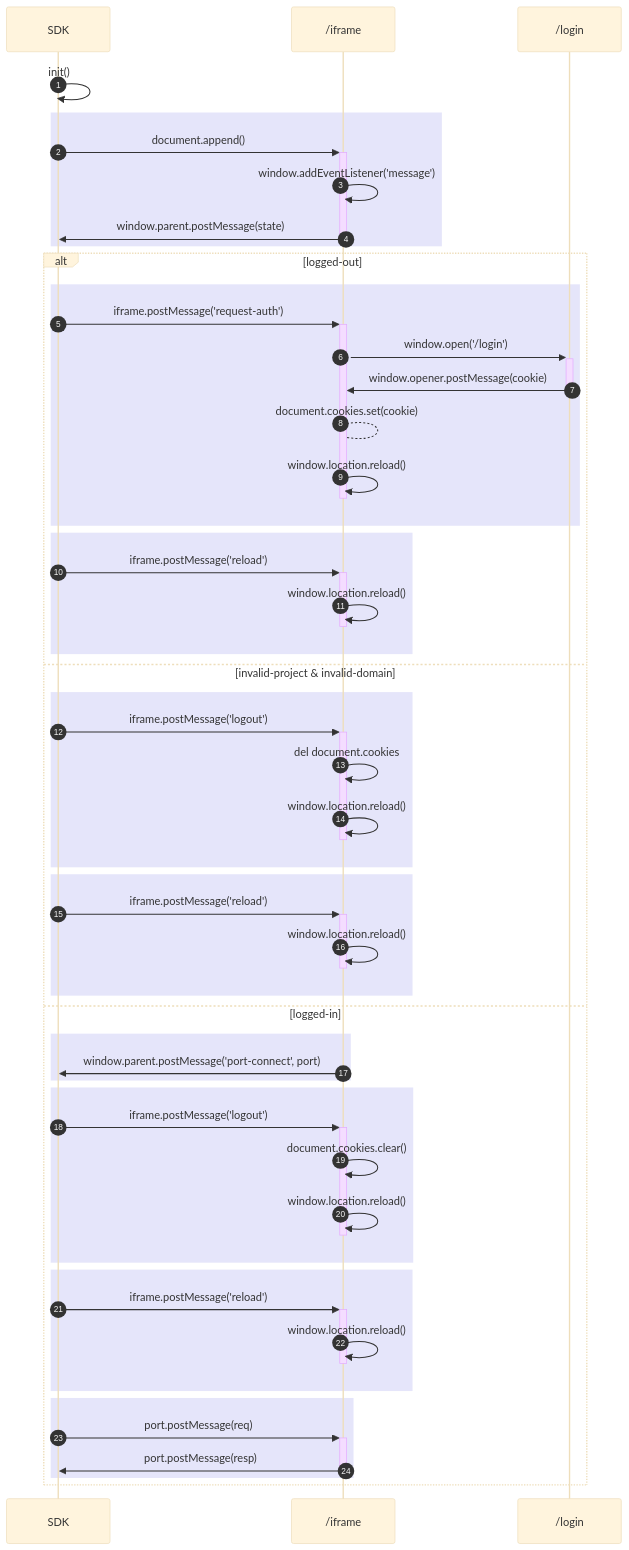
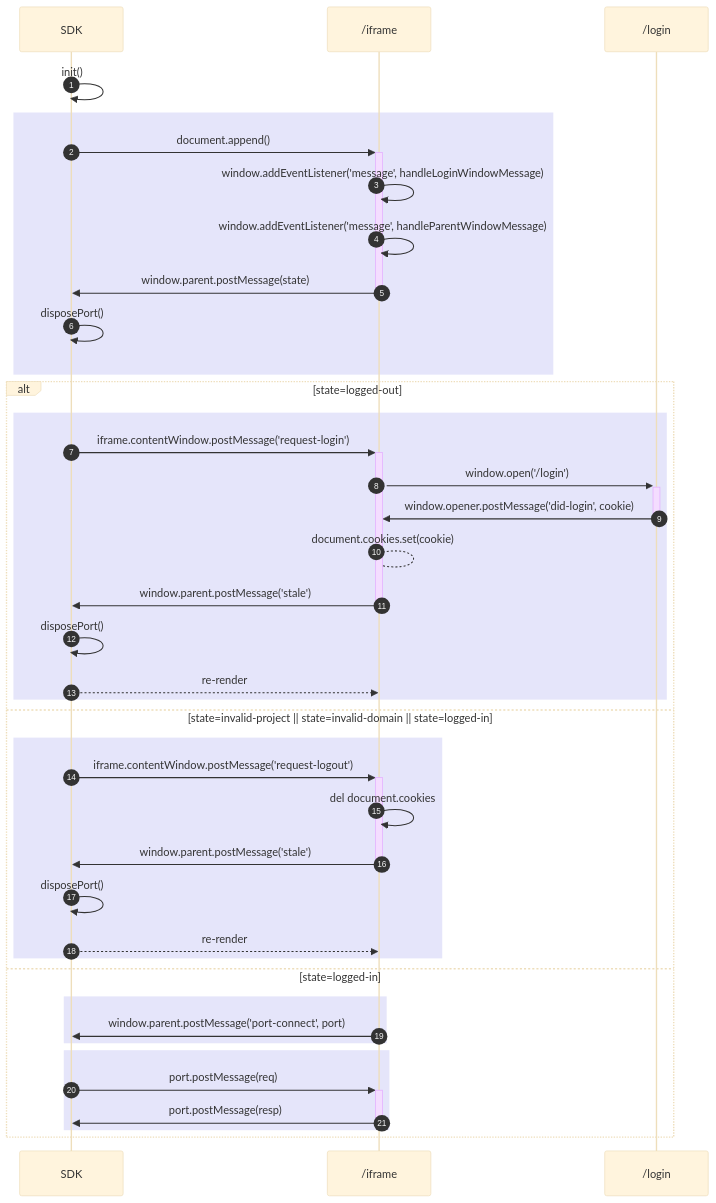
One commit to getsentry/sentry-toolbar changed the second of 4 diagrams in docs/diagrams.md. Above: the diagram before and after it, drawn with Mermaid (base theme).

````diff
--- a/docs/diagrams.md
+++ b/docs/diagrams.md
@@ -27,60 +27,46 @@
 ```mermaid
 sequenceDiagram
   participant SDK as SDK
   participant iframe as /iframe
   participant login as /login
 
   autonumber
   SDK ->> SDK: init()
   rect rgba(0, 0, 200, 0.1)
     SDK ->>+ iframe: document.append()
-    iframe ->> iframe: window.addEventListener('message')
+    iframe ->> iframe: window.addEventListener('message', handleLoginWindowMessage) 
+    iframe ->> iframe: window.addEventListener('message', handleParentWindowMessage) 
     iframe ->>- SDK: window.parent.postMessage(state)
+    SDK ->> SDK: disposePort()
   end
-  alt logged-out
+
+  alt state=logged-out
     rect rgba(0, 0, 200, 0.1)
-        SDK ->>+ iframe: iframe.postMessage('request-auth')
-        iframe ->>+ login: window.open('/login')
-        login ->>- iframe: window.opener.postMessage(cookie)
-        iframe --> iframe: document.cookies.set(cookie)
-        iframe ->>- iframe: window.location.reload()
+      SDK ->>+ iframe: iframe.contentWindow.postMessage('request-login')
+      iframe ->>+ login: window.open('/login')
+      login ->>- iframe: window.opener.postMessage('did-login', cookie)
+      iframe --> iframe: document.cookies.set(cookie)
+      iframe ->>- SDK: window.parent.postMessage('stale')
+      SDK ->> SDK: disposePort()
+      SDK -->> iframe: re-render
+    end
+
+  else state=invalid-project || state=invalid-domain || state=logged-in
+    rect rgba(0, 0, 200, 0.1)
+        SDK ->>+ iframe: iframe.contentWindow.postMessage('request-logout')
+        iframe ->> iframe: del document.cookies
+        iframe ->>- SDK: window.parent.postMessage('stale')
+        SDK ->> SDK: disposePort()
+        SDK -->> iframe: re-render
+    end 
+  else state=logged-in
+    rect rgba(0, 0, 200, 0.1)
+      iframe ->> SDK: window.parent.postMessage('port-connect', port)
     end
 
     rect rgba(0, 0, 200, 0.1)
-        SDK ->>+ iframe: iframe.postMessage('reload')
-        iframe ->>- iframe: window.location.reload()
-    end
-  else invalid-project & invalid-domain
-    rect rgba(0, 0, 200, 0.1)
-        SDK ->>+ iframe: iframe.postMessage('logout')
-        iframe ->> iframe: del document.cookies
-        iframe ->>- iframe: window.location.reload()
-    end
-
-    rect rgba(0, 0, 200, 0.1)
-        SDK ->>+ iframe: iframe.postMessage('reload')
-        iframe ->>- iframe: window.location.reload()
-    end
-  else logged-in
-    rect rgba(0, 0, 200, 0.1)
-        iframe ->> SDK: window.parent.postMessage('port-connect', port)
-    end
-
-    rect rgba(0, 0, 200, 0.1)
-        SDK ->>+ iframe: iframe.postMessage('logout')
-        iframe ->> iframe: document.cookies.clear()
-        iframe ->>- iframe: window.location.reload()
-    end
-
-    rect rgba(0, 0, 200, 0.1)
-        SDK ->>+ iframe: iframe.postMessage('reload')
-        iframe ->>- iframe: window.location.reload()
-    end
-
-    rect rgba(0, 0, 200, 0.1)
-        SDK ->>+ iframe: port.postMessage(req)
-        iframe ->>- SDK: port.postMessage(resp)
+      SDK ->>+ iframe: port.postMessage(req)
+      iframe ->>- SDK: port.postMessage(resp)
     end
   end
-
 ```
````
